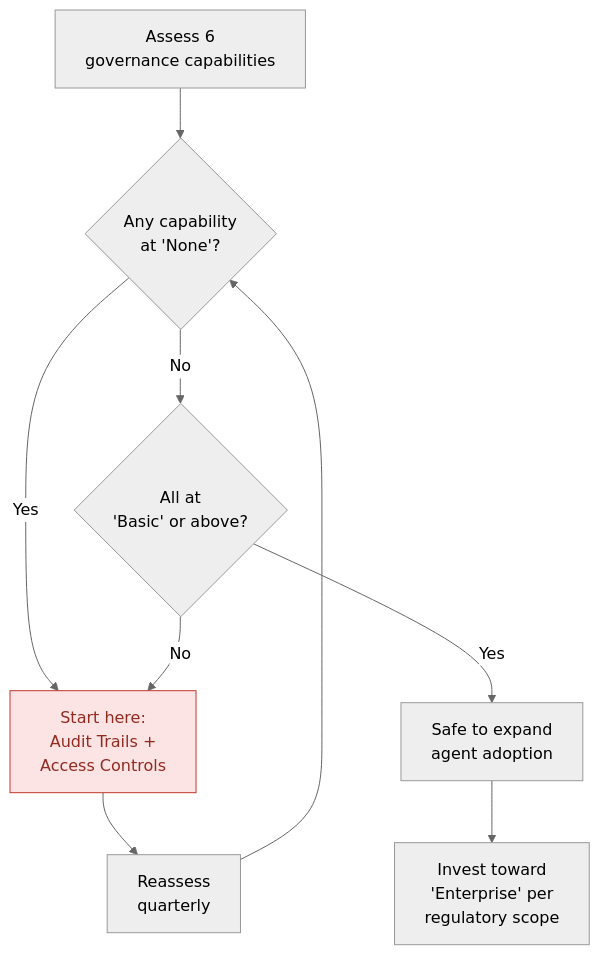
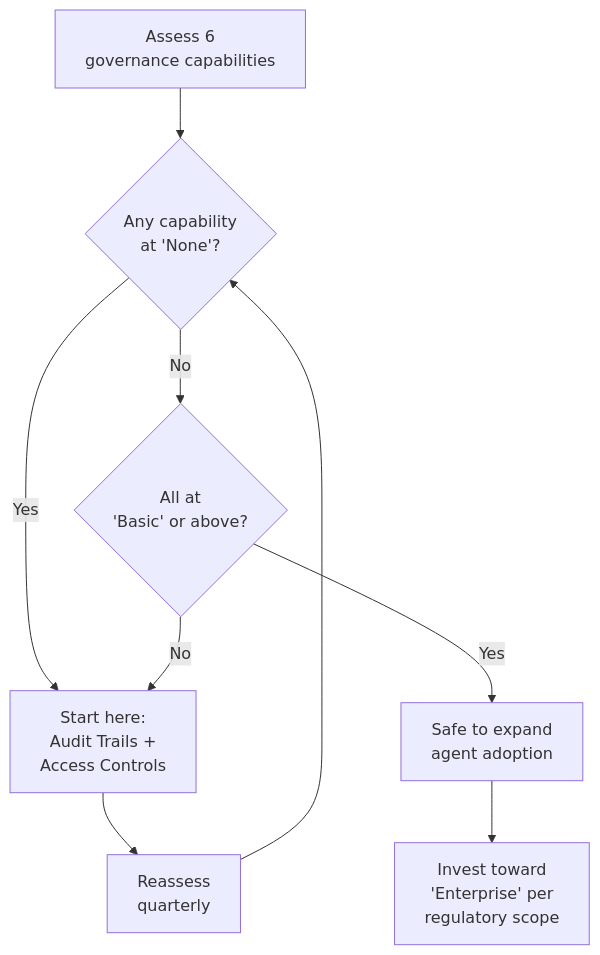
One commit to danielmeppiel/agentic-sdlc-handbook changed the diagram in handbook/ch05-governance-for-ai-assisted-delivery.qmd. Above: the diagram before and after it, drawn with Mermaid. The commit also changed 17 other files, not shown here.

First line of the commit message:
fix: remove all Mermaid theme overrides, use Quarto native theming

````diff
--- a/handbook/ch05-governance-for-ai-assisted-delivery.qmd
+++ b/handbook/ch05-governance-for-ai-assisted-delivery.qmd
@@ -52,18 +52,16 @@
 ```{mermaid}
 %%| fig-width: 4.5
 %%| fig-cap: "Governance capability quick-start assessment"
 %%| fig-alt: "A top-down decision flowchart for governance assessment. Starting at 'Assess 6 governance capabilities', it flows to a decision diamond: 'Any capability at None?' If Yes, go to 'Start here: Audit Trails + Access Controls' (red, indicating urgency). If No, check 'All at Basic or above?' If Yes, go to 'Safe to expand agent adoption' (green, indicating success), then to 'Invest toward Enterprise per regulatory scope' (blue). If No at the second decision, also go to the Audit Trails step. From Audit Trails, flow to 'Reassess quarterly', which loops back to the initial assessment."
 %%| label: fig-governance-assessment
-%%{init: {'theme': 'neutral'}}%%
 flowchart TD
     START["Assess 6<br/>governance capabilities"] --> Q1{"Any capability<br/>at 'None'?"}
     Q1 -->|Yes| FIX["Start here:<br/>Audit Trails +<br/>Access Controls"]
     Q1 -->|No| Q2{"All at<br/>'Basic' or above?"}
     Q2 -->|Yes| EXPAND["Safe to expand<br/>agent adoption"]
     Q2 -->|No| FIX
     FIX --> REASSESS["Reassess<br/>quarterly"]
     EXPAND --> MATURE["Invest toward<br/>'Enterprise' per<br/>regulatory scope"]
     REASSESS --> Q1
 
-    style FIX fill:#fce4e4,stroke:#c0392b,color:#922b21
 ```
````
